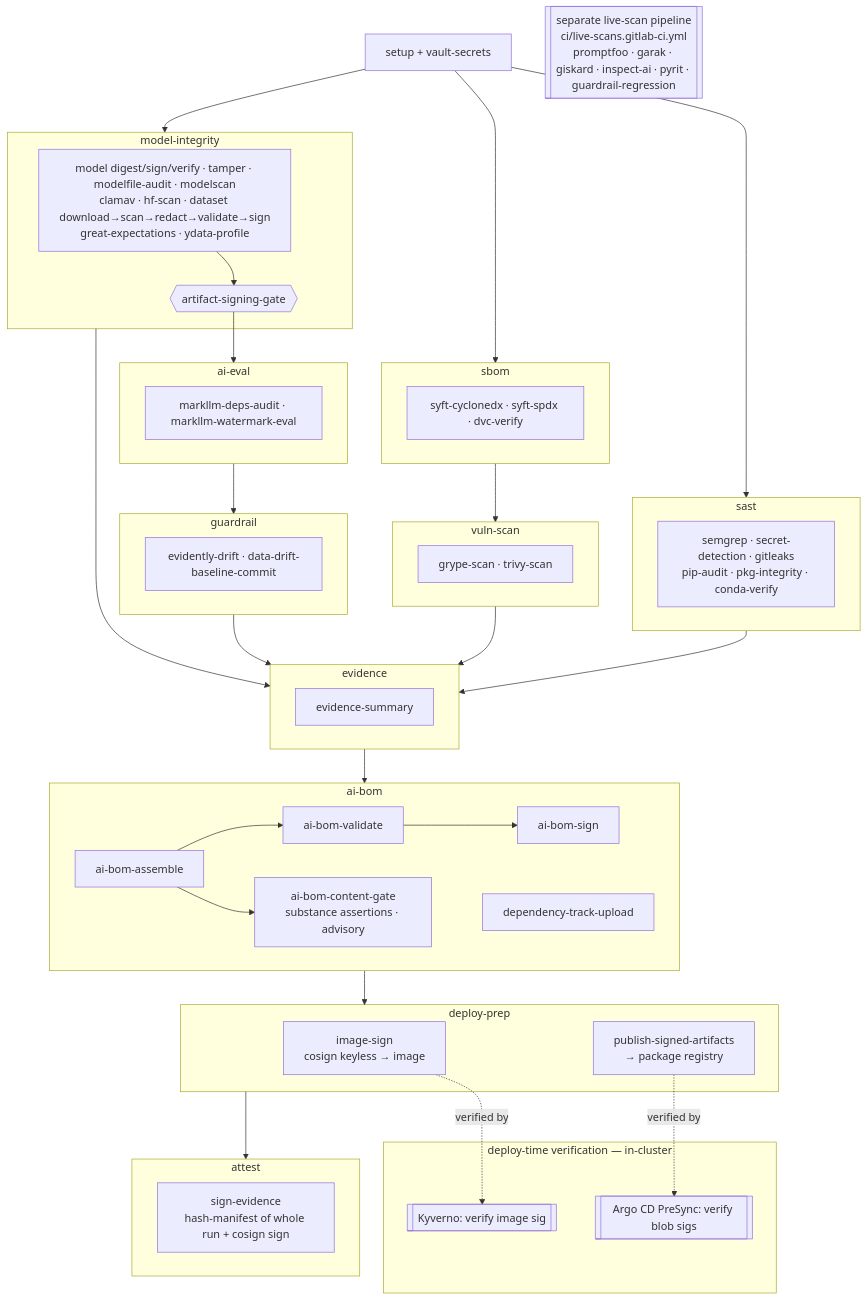
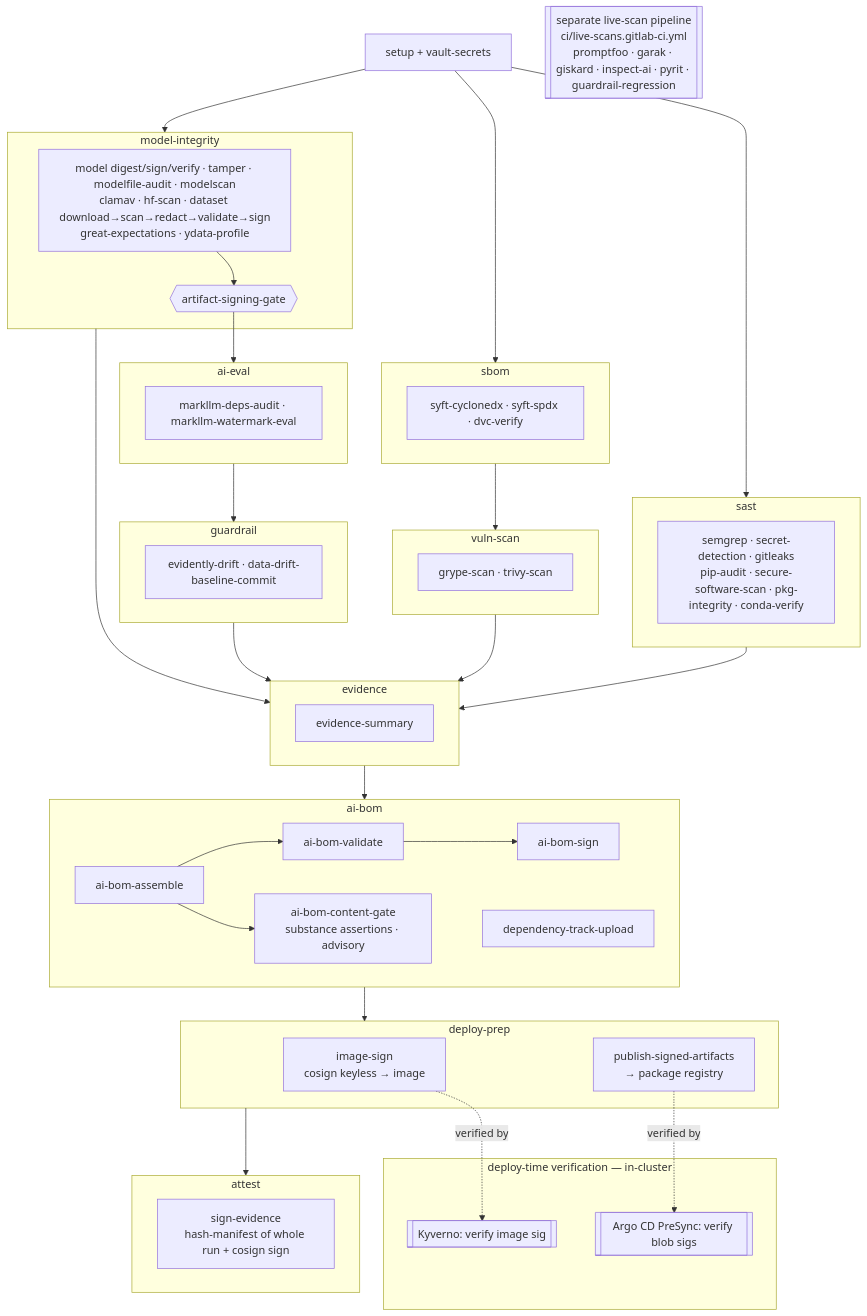
One commit to Nate-Carroll-Cyber/mlsecdevops-pipeline-example changed the diagram in docs/gaips-materials/ci/SBOM.md. Above: the diagram before and after it, drawn with Mermaid. The commit also changed other lines of this file and 4 other files, not shown here.

````diff
--- a/docs/gaips-materials/ci/SBOM.md
+++ b/docs/gaips-materials/ci/SBOM.md
@@ -20,52 +20,52 @@
 ```mermaid
 flowchart TD
     setup[setup + vault-secrets]
     subgraph SAST [sast]
-      s1[semgrep · secret-detection · gitleaks<br/>pip-audit · pkg-integrity · conda-verify]
+      s1[semgrep · secret-detection · gitleaks<br/>pip-audit · secure-software-scan · pkg-integrity · conda-verify]
     end
     subgraph SBOM [sbom]
       s2[syft-cyclonedx · syft-spdx · dvc-verify]
     end
     subgraph VULN [vuln-scan]
       s3[grype-scan · trivy-scan]
     end
     subgraph MI [model-integrity]
       s4[model digest/sign/verify · tamper · modelfile-audit · modelscan<br/>clamav · hf-scan · dataset download→scan→redact→validate→sign<br/>great-expectations · ydata-profile]
       g{{artifact-signing-gate}}
       s4 --> g
     end
     subgraph EVAL [ai-eval]
       s5[markllm-deps-audit · markllm-watermark-eval]
     end
     subgraph GUARD [guardrail]
       s6[evidently-drift · data-drift-baseline-commit]
     end
     s_live[[separate live-scan pipeline<br/>ci/live-scans.gitlab-ci.yml<br/>promptfoo · garak · giskard · inspect-ai · pyrit · guardrail-regression]]
     subgraph EVID [evidence]
       s7[evidence-summary]
     end
     subgraph AIBOM [ai-bom]
       a1[ai-bom-assemble] --> a2[ai-bom-validate] --> a3[ai-bom-sign]
       a1 --> a4[ai-bom-content-gate<br/>substance assertions · advisory]
       a5[dependency-track-upload]
     end
     subgraph DEPLOY [deploy-prep]
       d1[image-sign<br/>cosign keyless → image]
       d2[publish-signed-artifacts<br/>→ package registry]
     end
     subgraph ATTEST [attest]
       at1[sign-evidence<br/>hash-manifest of whole run + cosign sign]
     end
     subgraph VERIFY [deploy-time verification — in-cluster]
       v1[[Kyverno: verify image sig]]
       v2[[Argo CD PreSync: verify blob sigs]]
     end
 
     setup --> SAST & SBOM & MI
     SBOM --> VULN
     g --> EVAL --> GUARD
     SAST & VULN & GUARD & MI --> EVID
     EVID --> AIBOM --> DEPLOY --> ATTEST
     d1 -. "verified by" .-> v1
     d2 -. "verified by" .-> v2
 ```
````
